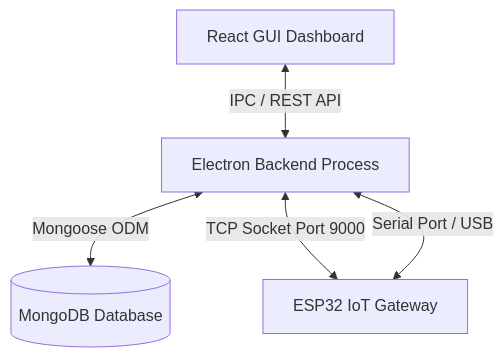
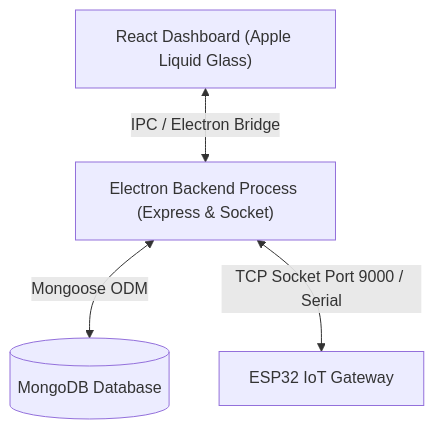
The diagram in README.md (YashGajjar7017/IOT_Manger_System), drawn with Mermaid before and after one commit. The commit also changed other lines of this file and 4 other files, not shown here.

````diff
--- a/README.md
+++ b/README.md
@@ -14,7 +23,6 @@
 ```mermaid
 graph TD
-    A[React GUI Dashboard] <-->|IPC / REST API| B[Electron Backend Process]
-    B <-->|Mongoose ODM| C[(MongoDB Database)]
-    B <-->|TCP Socket Port 9000| D[ESP32 IoT Gateway]
-    B <-->|Serial Port / USB| D
+    A["React Dashboard (Apple Liquid Glass)"] <-->|IPC / Electron Bridge| B["Electron Backend Process (Express & Socket)"]
+    B <-->|Mongoose ODM| C[("MongoDB Database")]
+    B <-->|TCP Socket Port 9000 / Serial| D["ESP32 IoT Gateway"]
 ```
````
